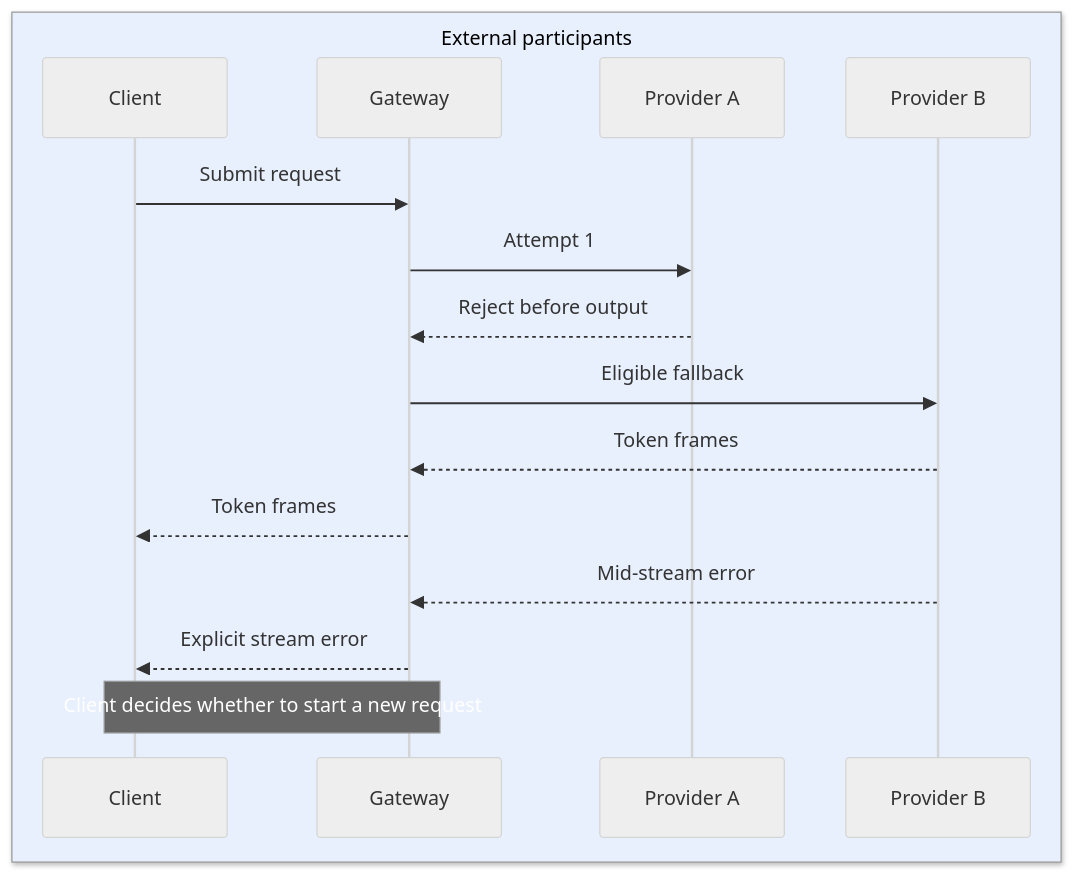
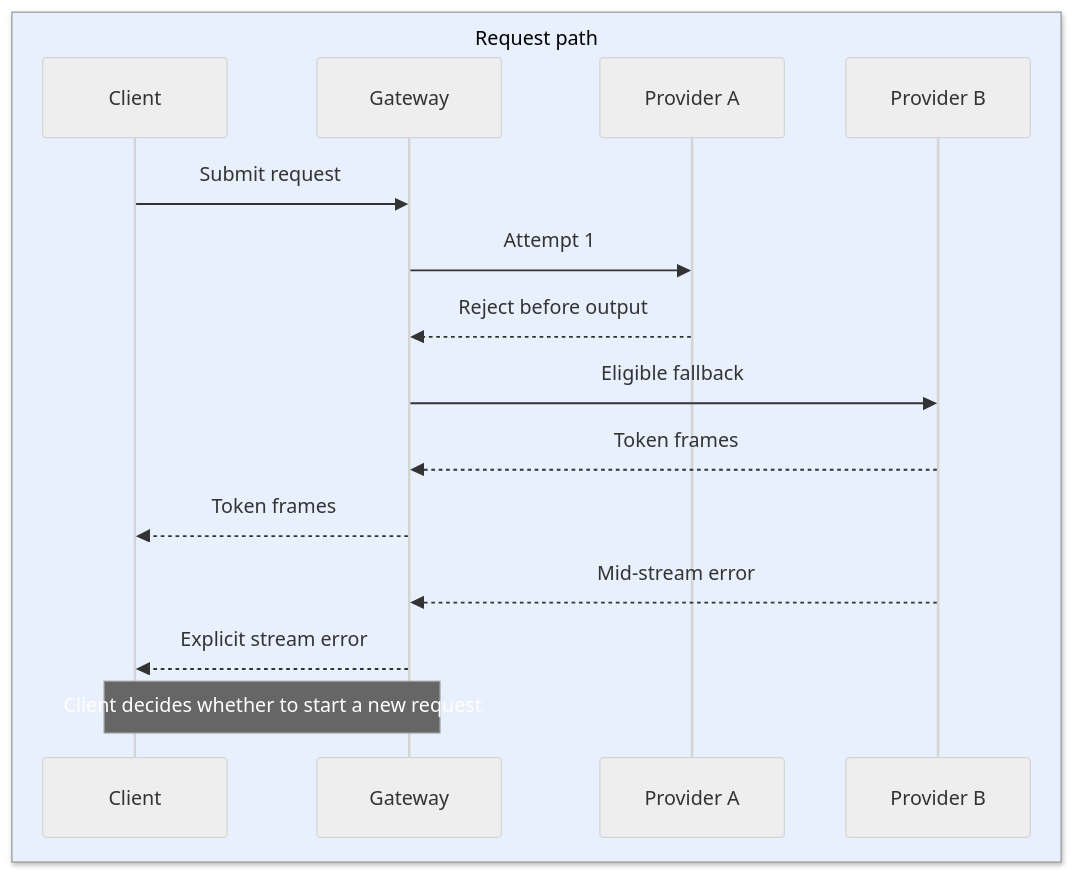
Before and after one commit to iliazlobin/iliazlobin.github.io: the third of 4 diagrams in _designs/system-design-openrouter.md, drawn with Mermaid (neutral theme). The commit also changed other lines of this file, not shown here.

Commit message:
Simplify OpenRouter conceptual diagram for readable labels

````diff
--- a/_designs/system-design-openrouter.md
+++ b/_designs/system-design-openrouter.md
@@ -298,18 +290,18 @@
 ```mermaid
 sequenceDiagram
-  box rgb(232,240,254) External participants
+  box rgb(232,240,254) Request path
     participant C as Client
     participant G as Gateway
     participant A as Provider A
     participant B as Provider B
   end
   C->>G: Submit request
   G->>A: Attempt 1
   A-->>G: Reject before output
   G->>B: Eligible fallback
   B-->>G: Token frames
   G-->>C: Token frames
   B-->>G: Mid-stream error
   G-->>C: Explicit stream error
   Note over G,C: Client decides whether to start a new request
 ```
````
